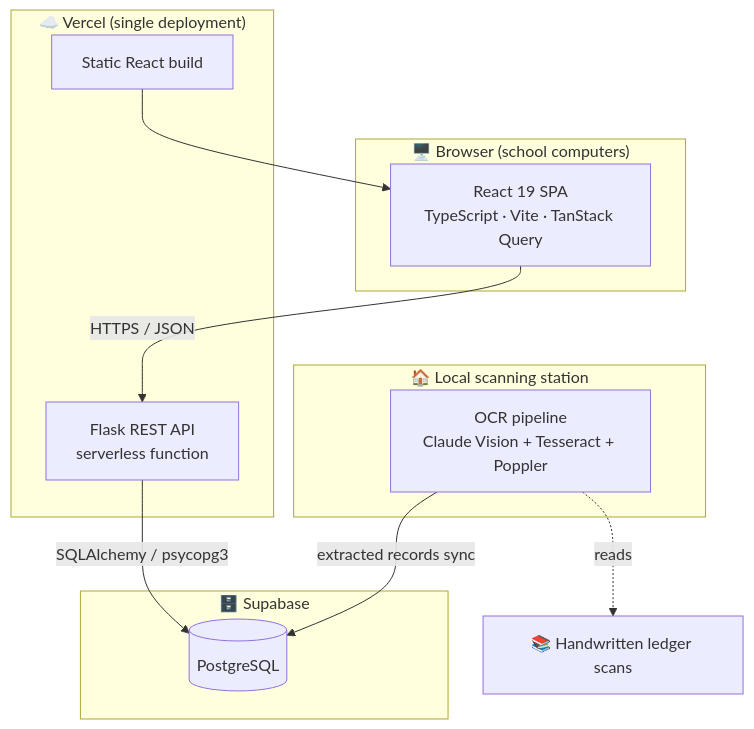
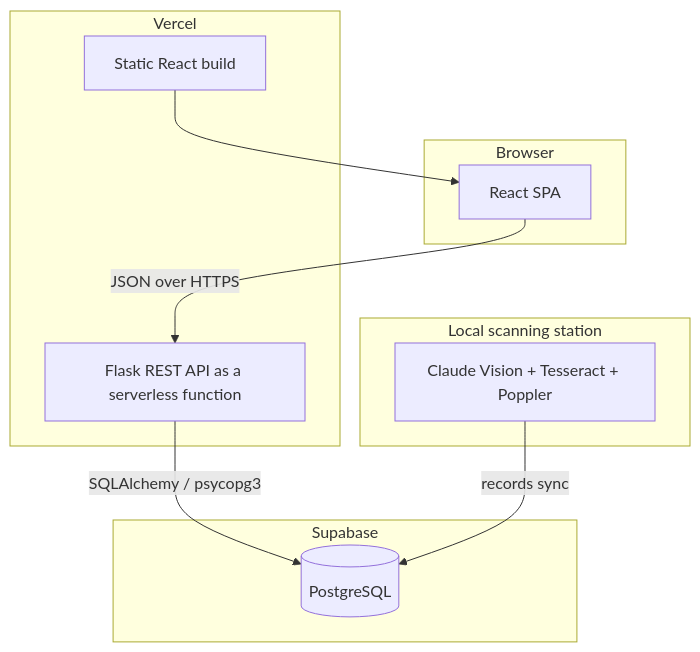
Before and after one commit to Zaphyrzan/ePustaka-Munshi: the second of 2 diagrams in README.md, drawn with Mermaid. The commit also changed other lines of this file, not shown here.

````diff
--- a/README.md
+++ b/README.md
@@ -118,25 +81,20 @@
 ```mermaid
 flowchart TB
-    subgraph Client["🖥️ Browser (school computers)"]
-        UI[React 19 SPA<br/>TypeScript · Vite · TanStack Query]
+    subgraph Client[Browser]
+        UI[React SPA]
     end
-
-    subgraph Vercel["☁️ Vercel (single deployment)"]
+    subgraph Vercel[Vercel]
         SPA[Static React build]
-        API[Flask REST API<br/>serverless function]
+        API[Flask REST API as a serverless function]
     end
-
-    subgraph Data["🗄️ Supabase"]
+    subgraph Data[Supabase]
         DB[(PostgreSQL)]
     end
-
-    subgraph Local["🏠 Local scanning station"]
-        OCR[OCR pipeline<br/>Claude Vision + Tesseract + Poppler]
+    subgraph Local[Local scanning station]
+        OCR[Claude Vision + Tesseract + Poppler]
     end
-
-    UI -->|HTTPS / JSON| API
+    UI -->|JSON over HTTPS| API
     SPA --> UI
     API -->|SQLAlchemy / psycopg3| DB
-    OCR -->|extracted records sync| DB
-    OCR -.->|reads| Ledger[📚 Handwritten ledger scans]
+    OCR -->|records sync| DB
 ```
````
